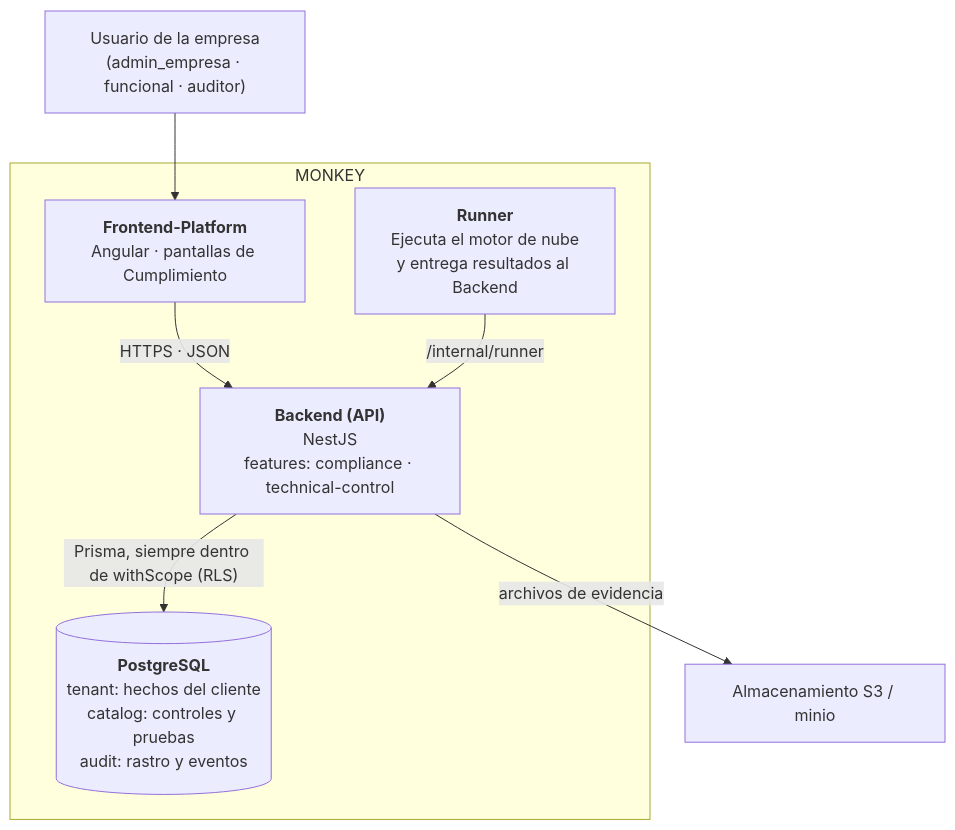
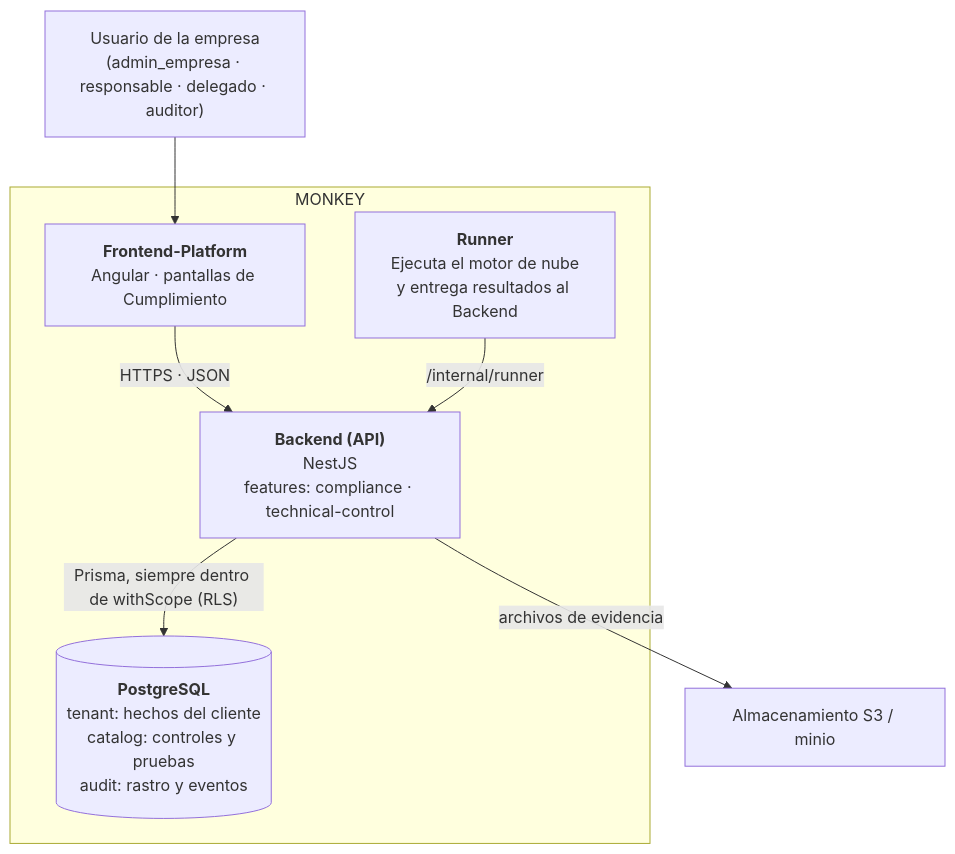
One commit to Monkey-GRC/Monkey-Brain-IA changed the second of 4 diagrams in skills/product/monkey-compliance-council/references/arquitectura/cumplimiento/01-c4.md. Above: the diagram before and after it, drawn with Mermaid. The commit also changed other lines of this file and 39 other files, not shown here.

First line of the commit message:
docs(brain): D102 y D103, cadena responsable/delegado, cupo de usuarios y plan del sprint 3

````diff
--- a/skills/product/monkey-compliance-council/references/arquitectura/cumplimiento/01-c4.md
+++ b/skills/product/monkey-compliance-council/references/arquitectura/cumplimiento/01-c4.md
@@ -31,19 +31,19 @@
 ```mermaid
 flowchart TB
-    persona["Usuario de la empresa<br/>(admin_empresa · funcional · auditor)"]
+    persona["Usuario de la empresa<br/>(admin_empresa · responsable · delegado · auditor)"]
 
     subgraph monkey["MONKEY"]
         fe["<b>Frontend-Platform</b><br/>Angular · pantallas de Cumplimiento"]
         api["<b>Backend (API)</b><br/>NestJS<br/>features: compliance · technical-control"]
         runner["<b>Runner</b><br/>Ejecuta el motor de nube<br/>y entrega resultados al Backend"]
         db[("<b>PostgreSQL</b><br/>tenant: hechos del cliente<br/>catalog: controles y pruebas<br/>audit: rastro y eventos")]
     end
 
     s3["Almacenamiento S3 / minio"]
 
     persona --> fe
     fe -- "HTTPS · JSON" --> api
     api -- "Prisma, siempre dentro de withScope (RLS)" --> db
     api -- "archivos de evidencia" --> s3
     runner -- "/internal/runner" --> api
 ```
````
